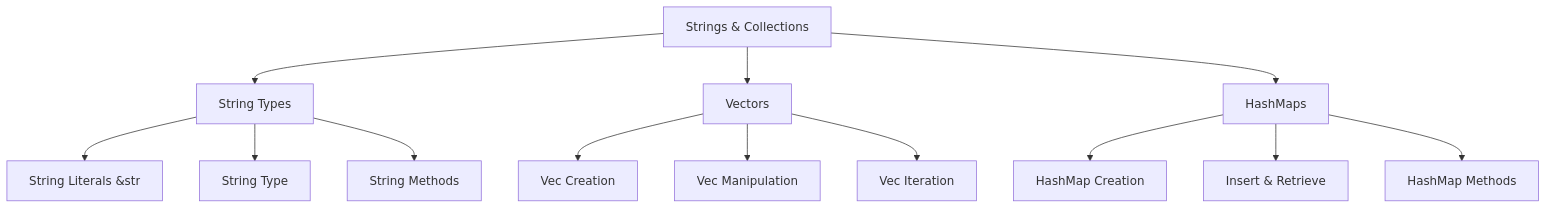
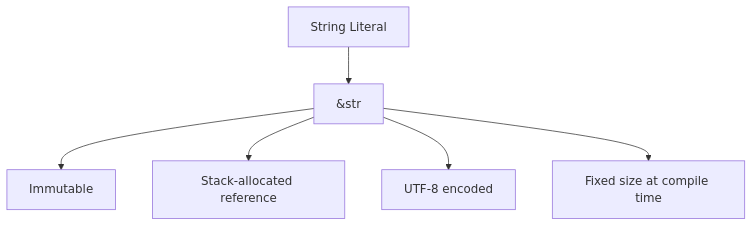
One commit to khieu-dv/vievlog changed the first of 5 diagrams in src/content/soft-skills/rust/bai-5.mdx. Above: the diagram before and after it, drawn with Mermaid. The commit also changed other lines of this file and 7 other files, not shown here.

````diff
--- a/src/content/soft-skills/rust/bai-5.mdx
+++ b/src/content/soft-skills/rust/bai-5.mdx
@@ -10,18 +19,8 @@
 ```mermaid
 graph TD
-    A[Strings & Collections] --> B[String Types]
-    A --> C[Vectors]
-    A --> D[HashMaps]
-    
-    B --> B1[String Literals &str]
-    B --> B2[String Type]
-    B --> B3[String Methods]
-    
-    C --> C1[Vec Creation]
-    C --> C2[Vec Manipulation]
-    C --> C3[Vec Iteration]
-    
-    D --> D1[HashMap Creation]
-    D --> D2[Insert & Retrieve]
-    D --> D3[HashMap Methods]
+    A[String Literal] --> B["&str"]
+    B --> C[Immutable]
+    B --> D[Stack-allocated reference]
+    B --> E[UTF-8 encoded]
+    B --> F[Fixed size at compile time]
 ```
````
